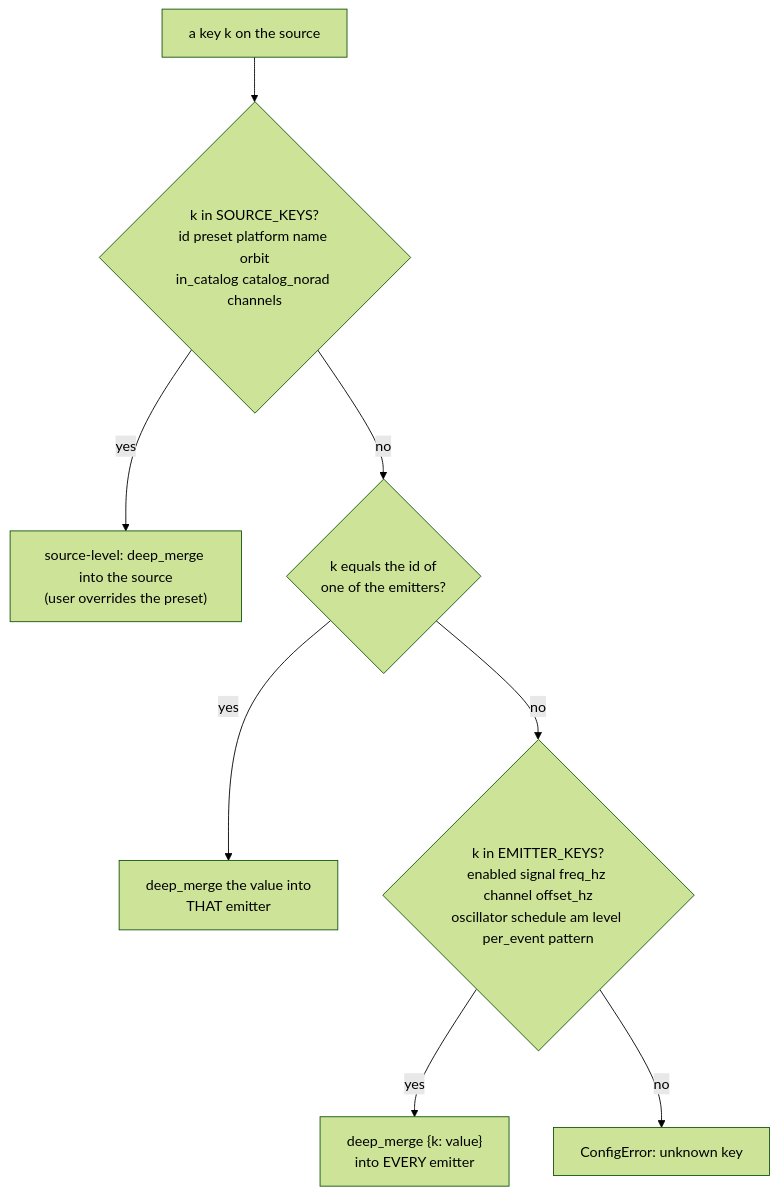
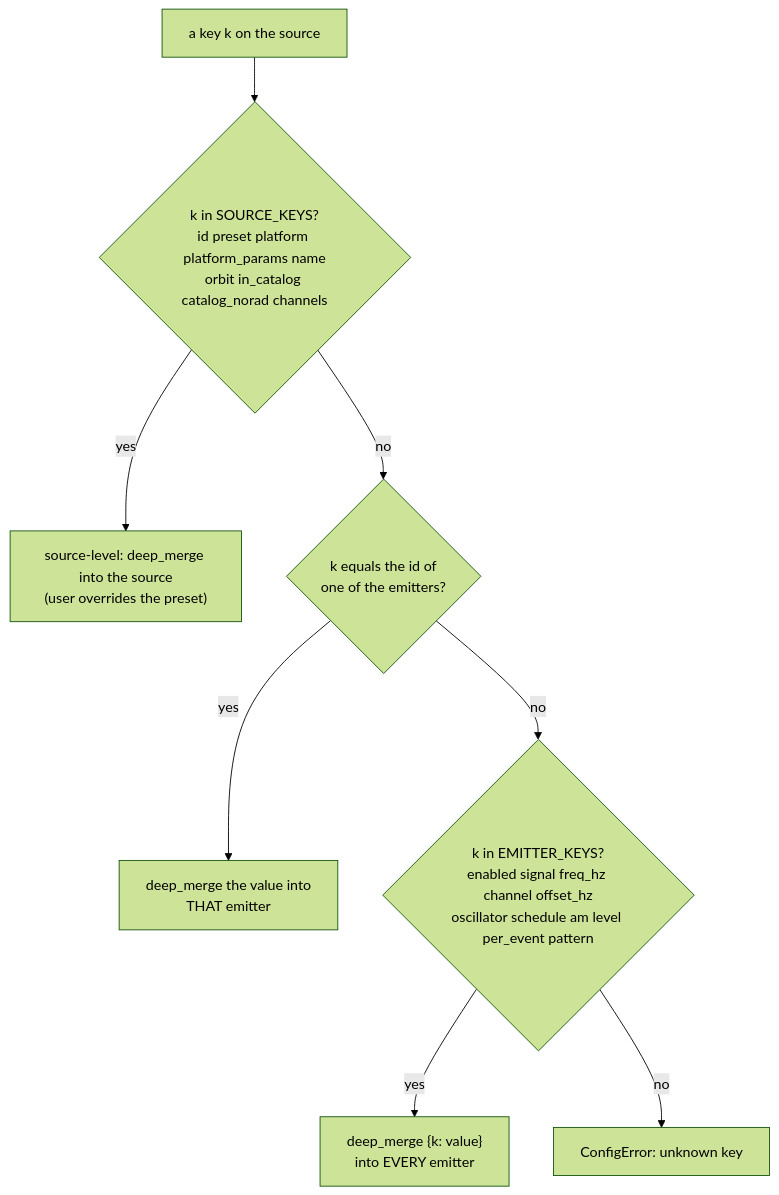
One commit to BUSH222/ASSIST changed the sixth of 23 diagrams in HOW-IT-WORKS.md. Above: the diagram before and after it, drawn with Mermaid (forest theme). The commit also changed other lines of this file and 142 other files, not shown here.

````diff
--- a/HOW-IT-WORKS.md
+++ b/HOW-IT-WORKS.md
@@ -595,10 +665,10 @@
 ```mermaid
 flowchart TD
-    K["a key k on the source"] --> Q1{"k in SOURCE_KEYS?<br/>id preset platform name orbit<br/>in_catalog catalog_norad channels"}
+    K["a key k on the source"] --> Q1{"k in SOURCE_KEYS?<br/>id preset platform platform_params name<br/>orbit in_catalog catalog_norad channels"}
     Q1 -- yes --> A1["source-level: deep_merge into the source<br/>(user overrides the preset)"]
     Q1 -- no --> Q2{"k equals the id of<br/>one of the emitters?"}
     Q2 -- yes --> A2["deep_merge the value into<br/>THAT emitter"]
     Q2 -- no --> Q3{"k in EMITTER_KEYS?<br/>enabled signal freq_hz channel offset_hz<br/>oscillator schedule am level per_event pattern"}
     Q3 -- yes --> A3["deep_merge {k: value}<br/>into EVERY emitter"]
     Q3 -- no --> A4["ConfigError: unknown key"]
 ```
````
